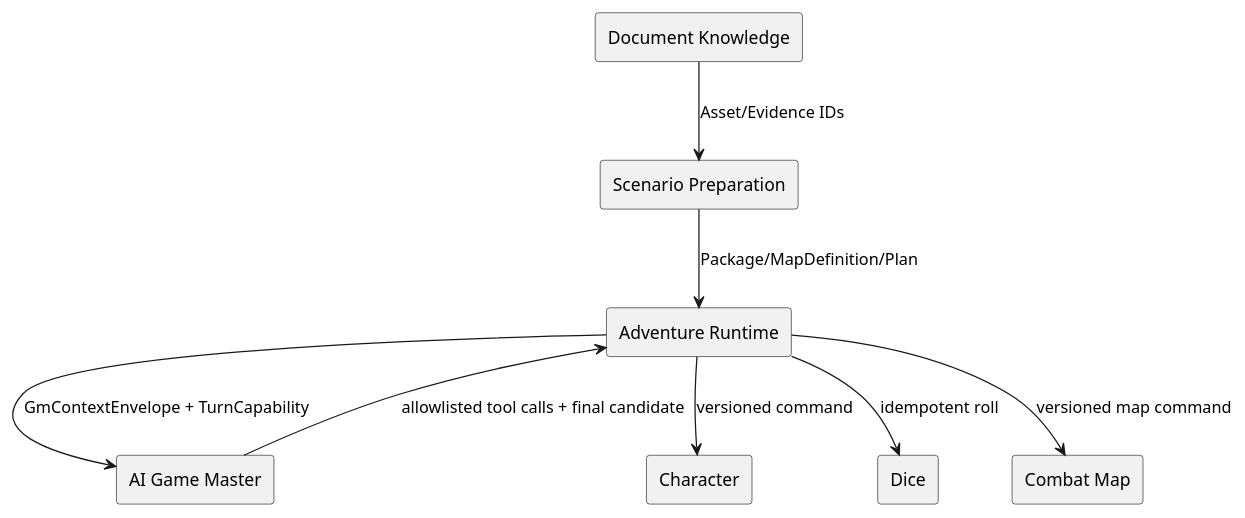
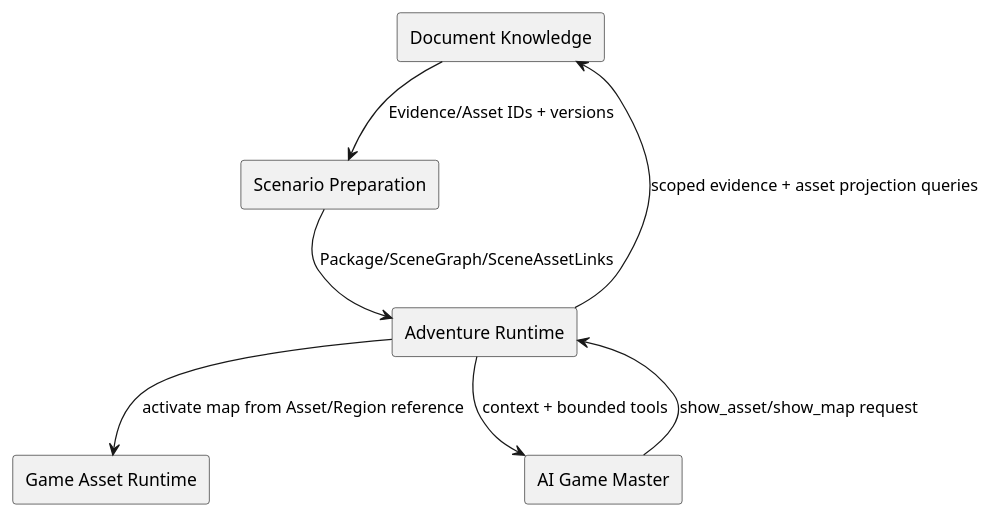
One commit to omegafrog/dnd-master changed the second of 3 diagrams in docs/specs/architecture-spec.md. Above: the diagram before and after it, drawn with PlantUML. The commit also changed other lines of this file and 13 other files, not shown here.

Commit message:
docs: plan GM knowledge and asset system

````diff
--- a/docs/specs/architecture-spec.md
+++ b/docs/specs/architecture-spec.md
@@ -162,18 +181,15 @@
 ```plantuml
 @startuml
 rectangle "Document Knowledge" as DK
 rectangle "Scenario Preparation" as SP
 rectangle "Adventure Runtime" as AR
+rectangle "Game Asset Runtime" as MR
 rectangle "AI Game Master" as GM
-rectangle "Character" as CH
-rectangle "Dice" as DI
-rectangle "Combat Map" as CM
-DK --> SP : Asset/Evidence IDs
-SP --> AR : Package/MapDefinition/Plan
-AR --> GM : GmContextEnvelope + TurnCapability
-GM --> AR : allowlisted tool calls + final candidate
-AR --> CH : versioned command
-AR --> DI : idempotent roll
-AR --> CM : versioned map command
+DK --> SP : Evidence/Asset IDs + versions
+SP --> AR : Package/SceneGraph/SceneAssetLinks
+AR --> DK : scoped evidence + asset projection queries
+AR --> MR : activate map from Asset/Region reference
+AR --> GM : context + bounded tools
+GM --> AR : show_asset/show_map request
 @enduml
 ```
````
